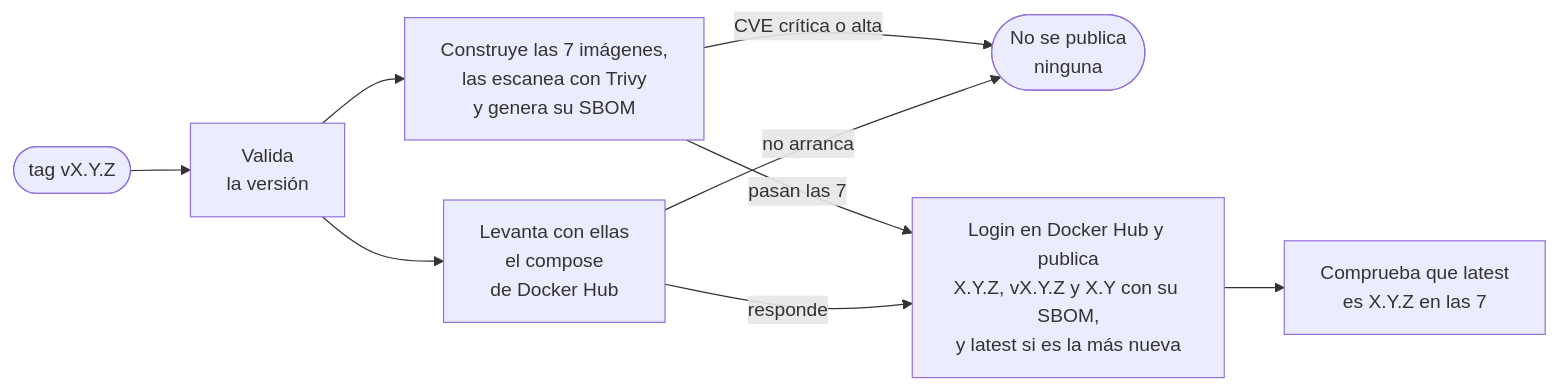
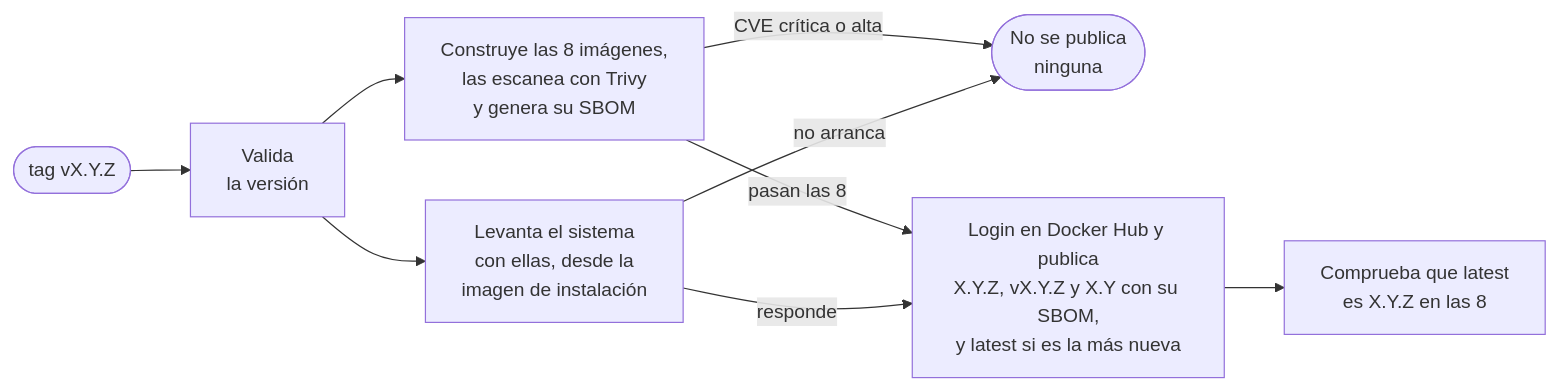
The eighth of 8 diagrams in docs/informe-tecnico.md (NicolasPineda1421/LiveMetric), drawn with Mermaid before and after one commit. The commit also changed other lines of this file and 23 other files, not shown here.

````diff
--- a/docs/informe-tecnico.md
+++ b/docs/informe-tecnico.md
@@ -403,11 +403,11 @@
 ```mermaid
 flowchart LR
     T(["tag vX.Y.Z"]) --> V["Valida<br/>la versión"]
-    V --> B["Construye las 7 imágenes,<br/>las escanea con Trivy<br/>y genera su SBOM"]
-    V --> P["Levanta con ellas<br/>el compose<br/>de Docker Hub"]
+    V --> B["Construye las 8 imágenes,<br/>las escanea con Trivy<br/>y genera su SBOM"]
+    V --> P["Levanta el sistema<br/>con ellas, desde la<br/>imagen de instalación"]
     B -->|"CVE crítica o alta"| X(["No se publica<br/>ninguna"])
     P -->|"no arranca"| X
-    B -->|"pasan las 7"| H["Login en Docker Hub y publica<br/>X.Y.Z, vX.Y.Z y X.Y con su SBOM,<br/>y latest si es la más nueva"]
+    B -->|"pasan las 8"| H["Login en Docker Hub y publica<br/>X.Y.Z, vX.Y.Z y X.Y con su SBOM,<br/>y latest si es la más nueva"]
     P -->|"responde"| H
-    H --> C["Comprueba que latest<br/>es X.Y.Z en las 7"]
+    H --> C["Comprueba que latest<br/>es X.Y.Z en las 8"]
 ```
````
